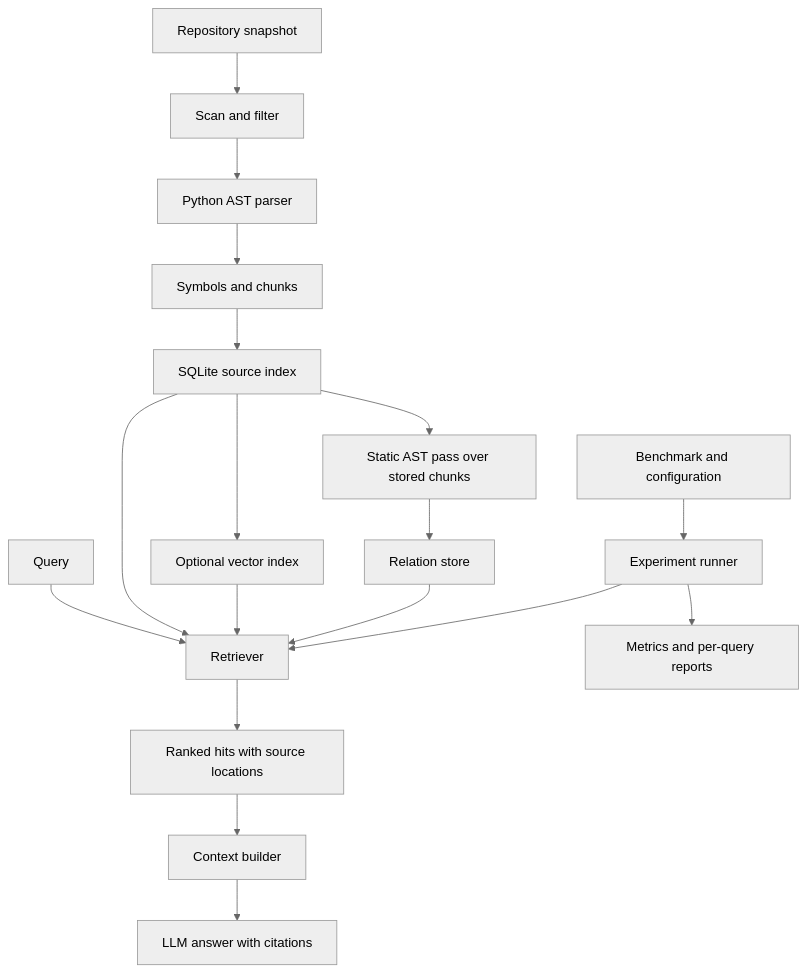
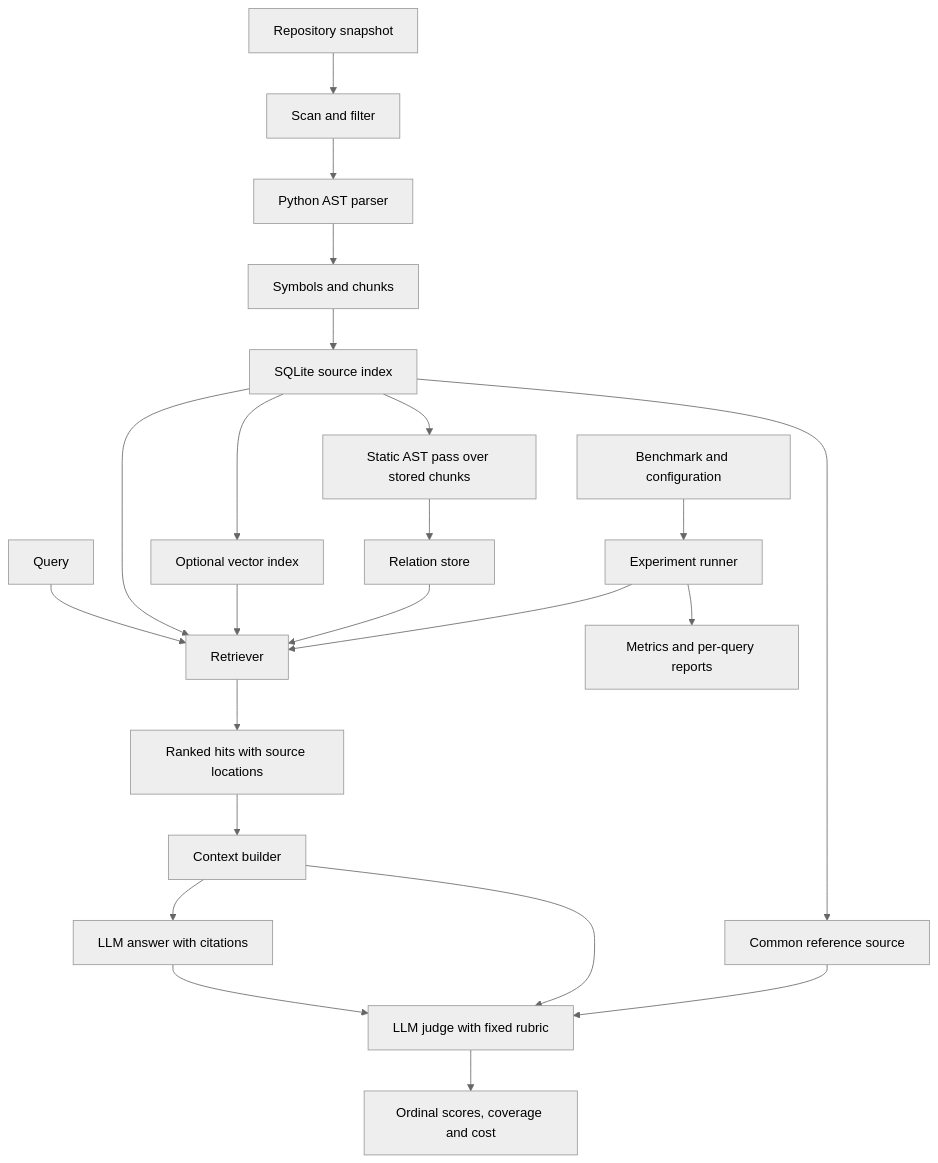
Before and after one commit to Shenggyyy/structure-aware-code-retrieval: the diagram in docs/architecture.md, drawn with Mermaid (neutral theme). The commit also changed other lines of this file and 40 other files, not shown here.

````diff
--- a/docs/architecture.md
+++ b/docs/architecture.md
@@ -21,20 +21,25 @@
 ```mermaid
 flowchart TD
     R[Repository snapshot] --> S[Scan and filter]
     S --> P[Python AST parser]
     P --> C[Symbols and chunks]
     I --> E[Static AST pass over stored chunks]
     C --> I[SQLite source index]
     I --> V[Optional vector index]
     E --> G[Relation store]
     Q[Query] --> T[Retriever]
     I --> T
     V --> T
     G --> T
     T --> H[Ranked hits with source locations]
     H --> B[Context builder]
     B --> A[LLM answer with citations]
+    I --> Ref[Common reference source]
+    A --> J[LLM judge with fixed rubric]
+    B --> J
+    Ref --> J
+    J --> JR[Ordinal scores, coverage and cost]
     D[Benchmark and configuration] --> X[Experiment runner]
     X --> T
     X --> O[Metrics and per-query reports]
 ```
````
